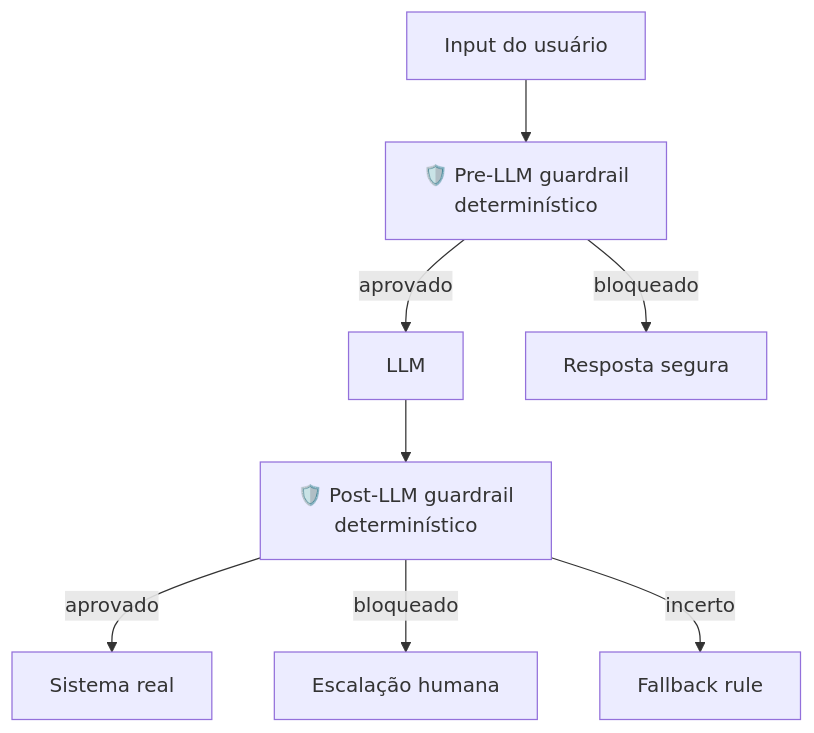
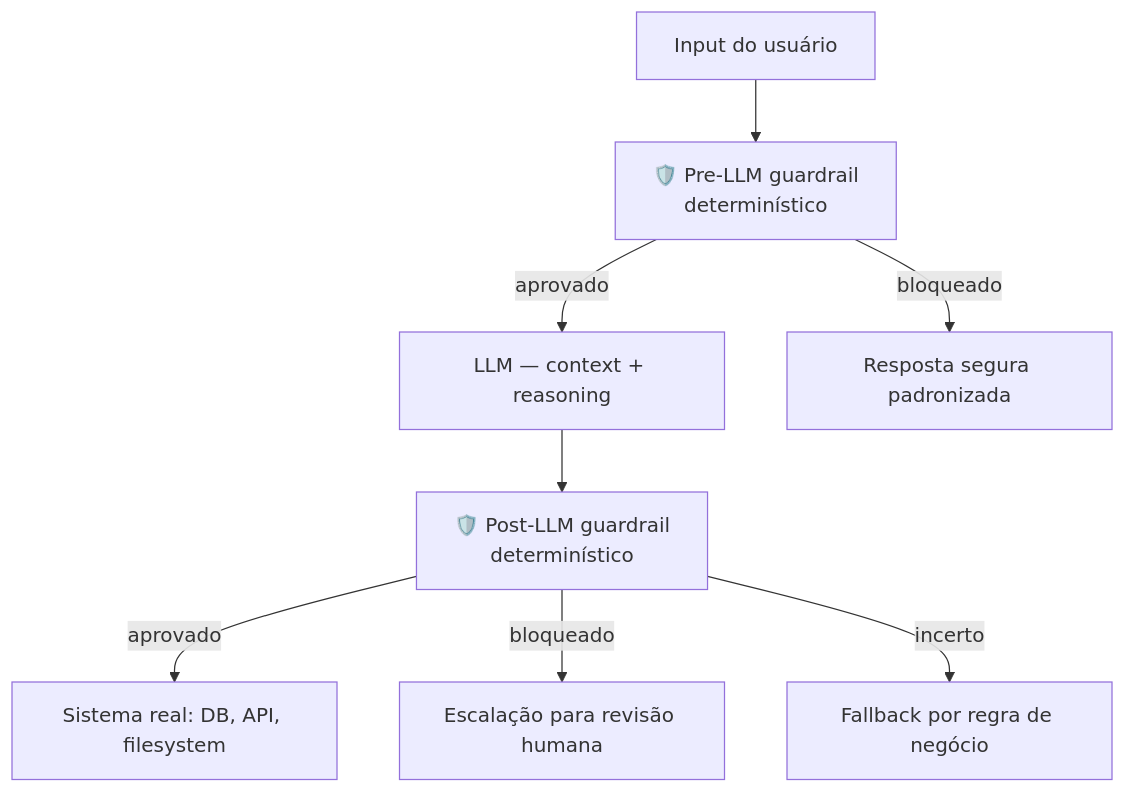
One commit to josenaldo/codex-technomanticus changed the diagram in 03-Dominios/Tecnologia/IA/Context Engineering/12 - Guardrails determinísticos.md. Above: the diagram before and after it, drawn with Mermaid. The commit also changed other lines of this file, not shown here.

Commit message:
feat(ia): enriquece nota 12 do galho Context Engineering

````diff
--- a/03-Dominios/Tecnologia/IA/Context Engineering/12 - Guardrails determinísticos.md
+++ b/03-Dominios/Tecnologia/IA/Context Engineering/12 - Guardrails determinísticos.md
@@ -39,10 +56,10 @@
 ```mermaid
 graph TB
     A[Input do usuário] --> B[🛡️ Pre-LLM guardrail<br/>determinístico]
-    B -->|aprovado| C[LLM]
-    B -->|bloqueado| Z1[Resposta segura]
+    B -->|aprovado| C[LLM — context + reasoning]
+    B -->|bloqueado| Z1[Resposta segura padronizada]
     C --> D[🛡️ Post-LLM guardrail<br/>determinístico]
-    D -->|aprovado| E[Sistema real]
-    D -->|bloqueado| Z2[Escalação humana]
-    D -->|incerto| Z3[Fallback rule]
+    D -->|aprovado| E[Sistema real: DB, API, filesystem]
+    D -->|bloqueado| Z2[Escalação para revisão humana]
+    D -->|incerto| Z3[Fallback por regra de negócio]
 ```
````
